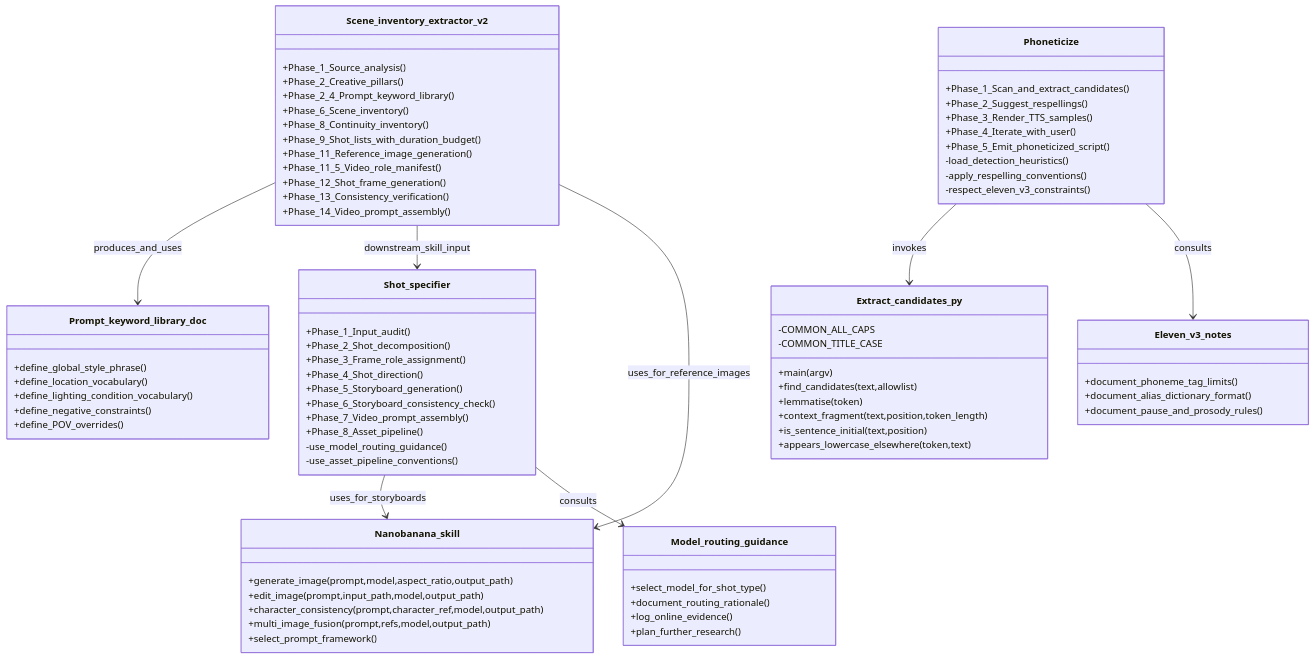
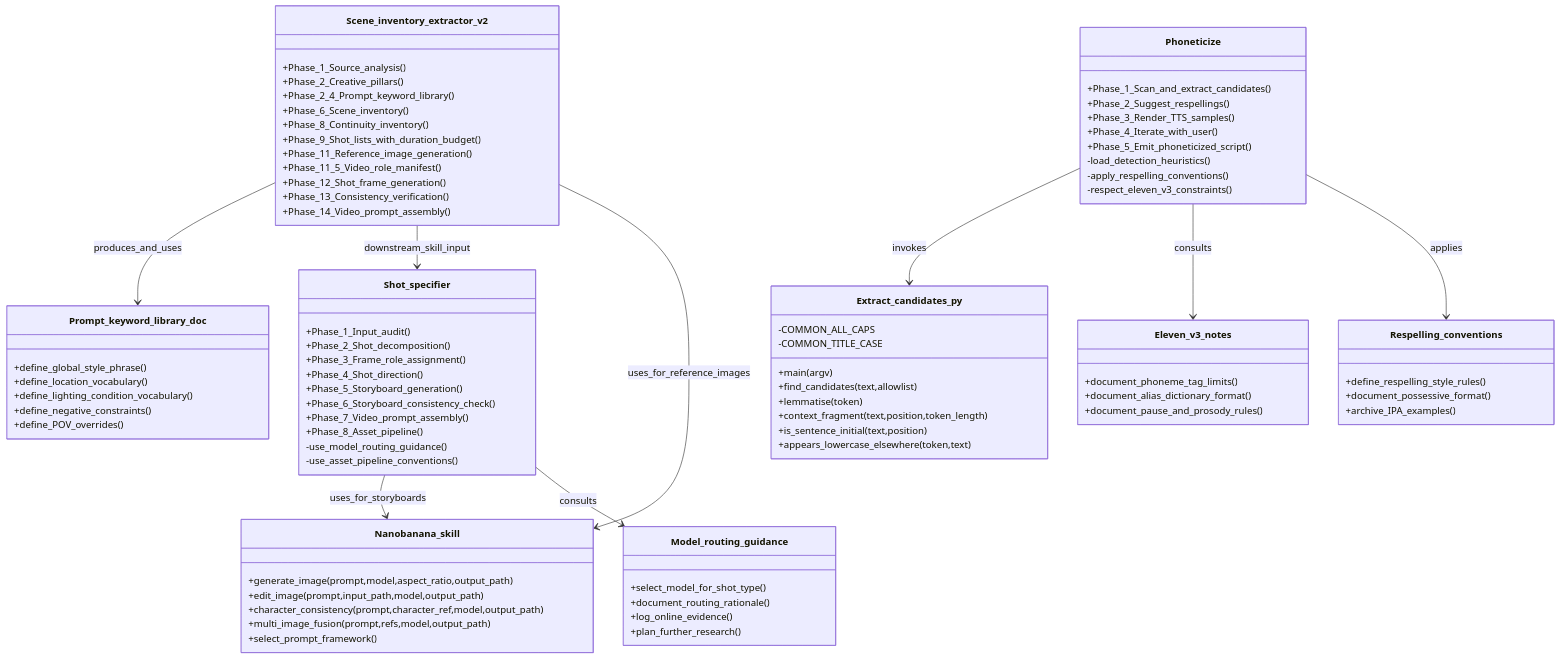
The second of 3 diagrams in docs/users-guide.md (leynos/visual-storytelling-skills), drawn with Mermaid before and after one commit.

Commit message:
Add respelling conventions to users guide diagram
Add the missing `Respelling_conventions` component and dependency edge in
the skill architecture diagram so it matches the surrounding phoneticize
workflow prose.

````diff
--- a/docs/users-guide.md
+++ b/docs/users-guide.md
@@ -166,6 +166,12 @@
     +document_pause_and_prosody_rules()
   }
 
+  class Respelling_conventions {
+    +define_respelling_style_rules()
+    +document_possessive_format()
+    +archive_IPA_examples()
+  }
+
   Scene_inventory_extractor_v2 --> Prompt_keyword_library_doc : produces_and_uses
   Scene_inventory_extractor_v2 --> Shot_specifier : downstream_skill_input
   Scene_inventory_extractor_v2 --> Nanobanana_skill : uses_for_reference_images
@@ -176,4 +182,5 @@
   Phoneticize --> Extract_candidates_py : invokes
 
   Phoneticize --> Eleven_v3_notes : consults
+  Phoneticize --> Respelling_conventions : applies
 ```
````
